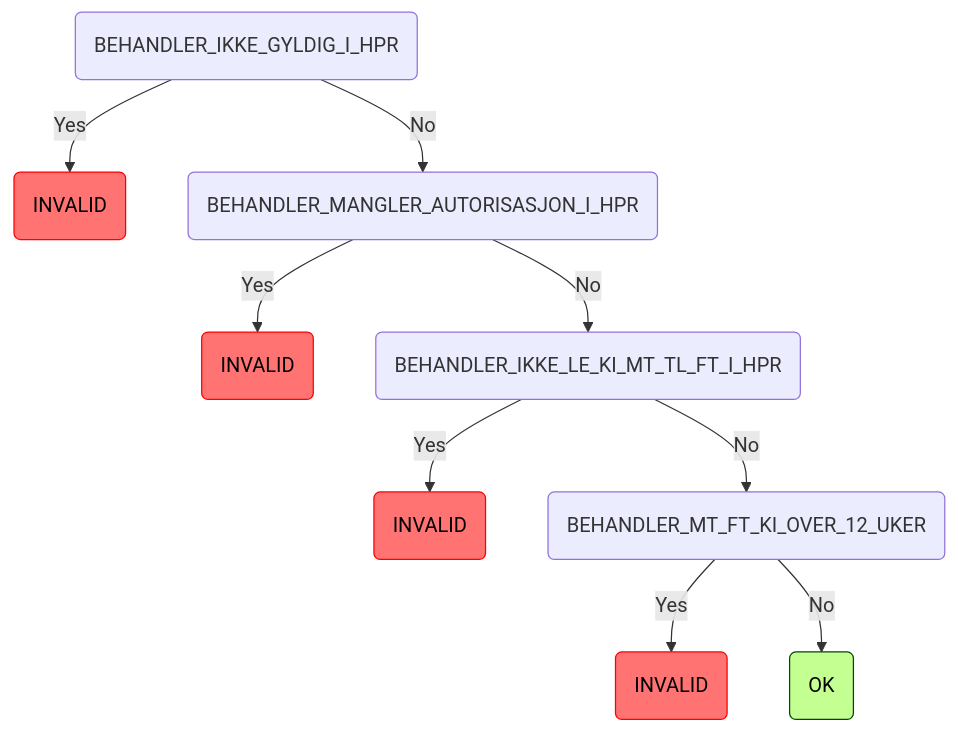
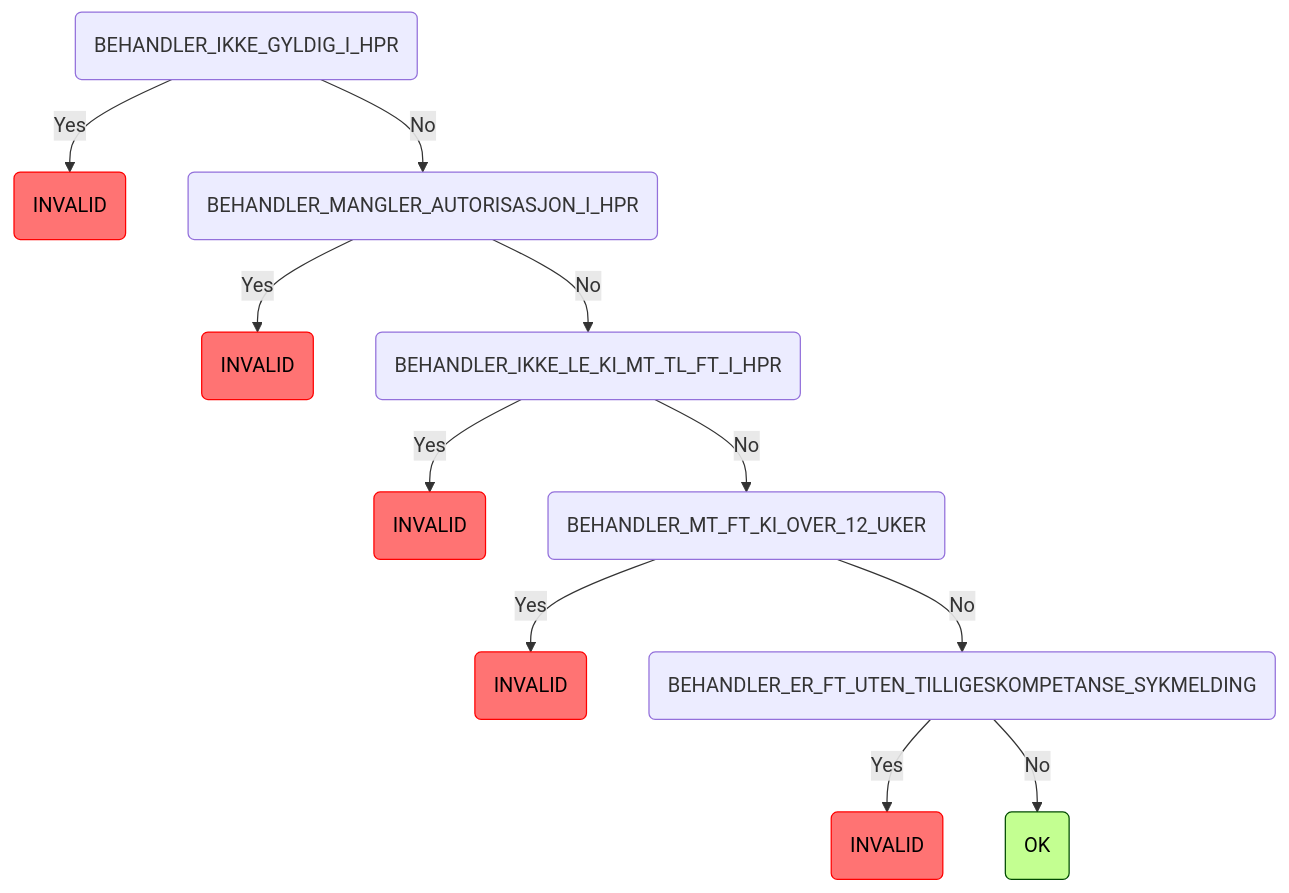
The fifth of 11 diagrams in README.md (navikt/syfosmregler), drawn with Mermaid before and after one commit. The commit also changed 5 other files, not shown here.

````diff
--- a/README.md
+++ b/README.md
@@ -138,14 +138,16 @@
 ```mermaid
 graph TD
     root(BEHANDLER_IKKE_GYLDIG_I_HPR) -->|Yes| root_BEHANDLER_IKKE_GYLDIG_I_HPR_INVALID(INVALID):::invalid
     root(BEHANDLER_IKKE_GYLDIG_I_HPR) -->|No| root_BEHANDLER_IKKE_GYLDIG_I_HPR_BEHANDLER_MANGLER_AUTORISASJON_I_HPR(BEHANDLER_MANGLER_AUTORISASJON_I_HPR)
     root_BEHANDLER_IKKE_GYLDIG_I_HPR_BEHANDLER_MANGLER_AUTORISASJON_I_HPR(BEHANDLER_MANGLER_AUTORISASJON_I_HPR) -->|Yes| root_BEHANDLER_IKKE_GYLDIG_I_HPR_BEHANDLER_MANGLER_AUTORISASJON_I_HPR_INVALID(INVALID):::invalid
     root_BEHANDLER_IKKE_GYLDIG_I_HPR_BEHANDLER_MANGLER_AUTORISASJON_I_HPR(BEHANDLER_MANGLER_AUTORISASJON_I_HPR) -->|No| root_BEHANDLER_IKKE_GYLDIG_I_HPR_BEHANDLER_MANGLER_AUTORISASJON_I_HPR_BEHANDLER_IKKE_LE_KI_MT_TL_FT_I_HPR(BEHANDLER_IKKE_LE_KI_MT_TL_FT_I_HPR)
     root_BEHANDLER_IKKE_GYLDIG_I_HPR_BEHANDLER_MANGLER_AUTORISASJON_I_HPR_BEHANDLER_IKKE_LE_KI_MT_TL_FT_I_HPR(BEHANDLER_IKKE_LE_KI_MT_TL_FT_I_HPR) -->|Yes| root_BEHANDLER_IKKE_GYLDIG_I_HPR_BEHANDLER_MANGLER_AUTORISASJON_I_HPR_BEHANDLER_IKKE_LE_KI_MT_TL_FT_I_HPR_INVALID(INVALID):::invalid
     root_BEHANDLER_IKKE_GYLDIG_I_HPR_BEHANDLER_MANGLER_AUTORISASJON_I_HPR_BEHANDLER_IKKE_LE_KI_MT_TL_FT_I_HPR(BEHANDLER_IKKE_LE_KI_MT_TL_FT_I_HPR) -->|No| root_BEHANDLER_IKKE_GYLDIG_I_HPR_BEHANDLER_MANGLER_AUTORISASJON_I_HPR_BEHANDLER_IKKE_LE_KI_MT_TL_FT_I_HPR_BEHANDLER_MT_FT_KI_OVER_12_UKER(BEHANDLER_MT_FT_KI_OVER_12_UKER)
     root_BEHANDLER_IKKE_GYLDIG_I_HPR_BEHANDLER_MANGLER_AUTORISASJON_I_HPR_BEHANDLER_IKKE_LE_KI_MT_TL_FT_I_HPR_BEHANDLER_MT_FT_KI_OVER_12_UKER(BEHANDLER_MT_FT_KI_OVER_12_UKER) -->|Yes| root_BEHANDLER_IKKE_GYLDIG_I_HPR_BEHANDLER_MANGLER_AUTORISASJON_I_HPR_BEHANDLER_IKKE_LE_KI_MT_TL_FT_I_HPR_BEHANDLER_MT_FT_KI_OVER_12_UKER_INVALID(INVALID):::invalid
-    root_BEHANDLER_IKKE_GYLDIG_I_HPR_BEHANDLER_MANGLER_AUTORISASJON_I_HPR_BEHANDLER_IKKE_LE_KI_MT_TL_FT_I_HPR_BEHANDLER_MT_FT_KI_OVER_12_UKER(BEHANDLER_MT_FT_KI_OVER_12_UKER) -->|No| root_BEHANDLER_IKKE_GYLDIG_I_HPR_BEHANDLER_MANGLER_AUTORISASJON_I_HPR_BEHANDLER_IKKE_LE_KI_MT_TL_FT_I_HPR_BEHANDLER_MT_FT_KI_OVER_12_UKER_OK(OK):::ok
+    root_BEHANDLER_IKKE_GYLDIG_I_HPR_BEHANDLER_MANGLER_AUTORISASJON_I_HPR_BEHANDLER_IKKE_LE_KI_MT_TL_FT_I_HPR_BEHANDLER_MT_FT_KI_OVER_12_UKER(BEHANDLER_MT_FT_KI_OVER_12_UKER) -->|No| root_BEHANDLER_IKKE_GYLDIG_I_HPR_BEHANDLER_MANGLER_AUTORISASJON_I_HPR_BEHANDLER_IKKE_LE_KI_MT_TL_FT_I_HPR_BEHANDLER_MT_FT_KI_OVER_12_UKER_BEHANDLER_ER_FT_UTEN_TILLIGESKOMPETANSE_SYKMELDING(BEHANDLER_ER_FT_UTEN_TILLIGESKOMPETANSE_SYKMELDING)
+    root_BEHANDLER_IKKE_GYLDIG_I_HPR_BEHANDLER_MANGLER_AUTORISASJON_I_HPR_BEHANDLER_IKKE_LE_KI_MT_TL_FT_I_HPR_BEHANDLER_MT_FT_KI_OVER_12_UKER_BEHANDLER_ER_FT_UTEN_TILLIGESKOMPETANSE_SYKMELDING(BEHANDLER_ER_FT_UTEN_TILLIGESKOMPETANSE_SYKMELDING) -->|Yes| root_BEHANDLER_IKKE_GYLDIG_I_HPR_BEHANDLER_MANGLER_AUTORISASJON_I_HPR_BEHANDLER_IKKE_LE_KI_MT_TL_FT_I_HPR_BEHANDLER_MT_FT_KI_OVER_12_UKER_BEHANDLER_ER_FT_UTEN_TILLIGESKOMPETANSE_SYKMELDING_INVALID(INVALID):::invalid
+    root_BEHANDLER_IKKE_GYLDIG_I_HPR_BEHANDLER_MANGLER_AUTORISASJON_I_HPR_BEHANDLER_IKKE_LE_KI_MT_TL_FT_I_HPR_BEHANDLER_MT_FT_KI_OVER_12_UKER_BEHANDLER_ER_FT_UTEN_TILLIGESKOMPETANSE_SYKMELDING(BEHANDLER_ER_FT_UTEN_TILLIGESKOMPETANSE_SYKMELDING) -->|No| root_BEHANDLER_IKKE_GYLDIG_I_HPR_BEHANDLER_MANGLER_AUTORISASJON_I_HPR_BEHANDLER_IKKE_LE_KI_MT_TL_FT_I_HPR_BEHANDLER_MT_FT_KI_OVER_12_UKER_BEHANDLER_ER_FT_UTEN_TILLIGESKOMPETANSE_SYKMELDING_OK(OK):::ok
     classDef ok fill:#c3ff91,stroke:#004a00,color: black;
     classDef invalid fill:#ff7373,stroke:#ff0000,color: black;
     classDef manuell fill:#ffe24f,stroke:#ffd500,color: #473c00;
 ```
````
